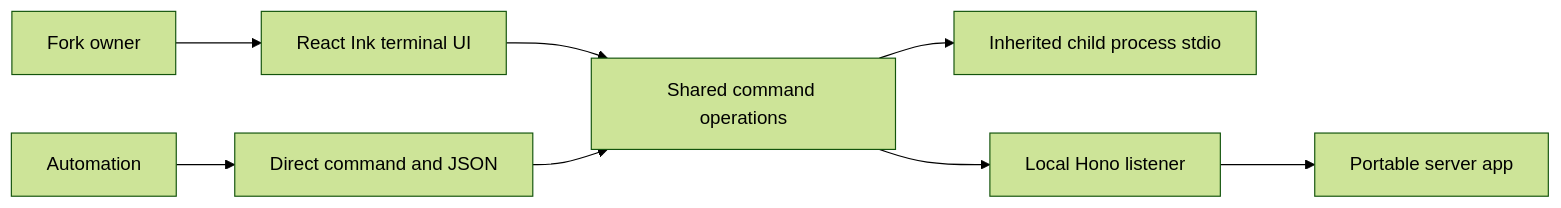
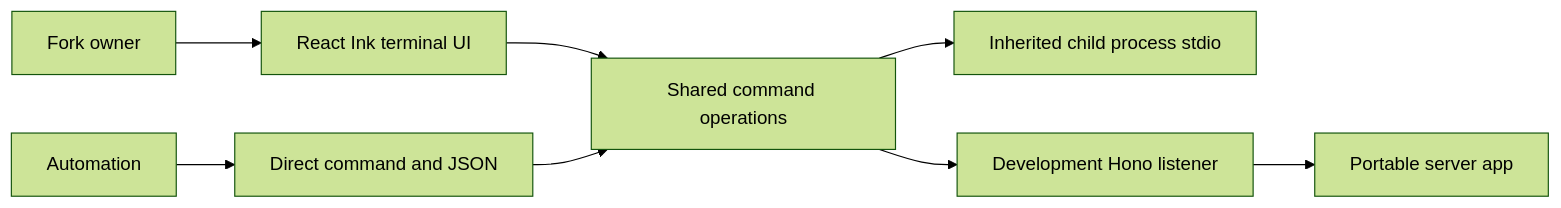
Before and after one commit to trytilde/dispatch: the diagram in docs/adrs/0003-react-ink-cli.md, drawn with Mermaid (forest theme). The commit also changed other lines of this file and 43 other files, not shown here.

````diff
--- a/docs/adrs/0003-react-ink-cli.md
+++ b/docs/adrs/0003-react-ink-cli.md
@@ -21,10 +21,10 @@
 ```mermaid
 flowchart LR
   O["Fork owner"] --> I["React Ink terminal UI"]
   A["Automation"] --> J["Direct command and JSON"]
   I --> C["Shared command operations"]
   J --> C
   C --> P["Inherited child process stdio"]
-  C --> H["Local Hono listener"]
+  C --> H["Development Hono listener"]
   H --> S["Portable server app"]
 ```
````
